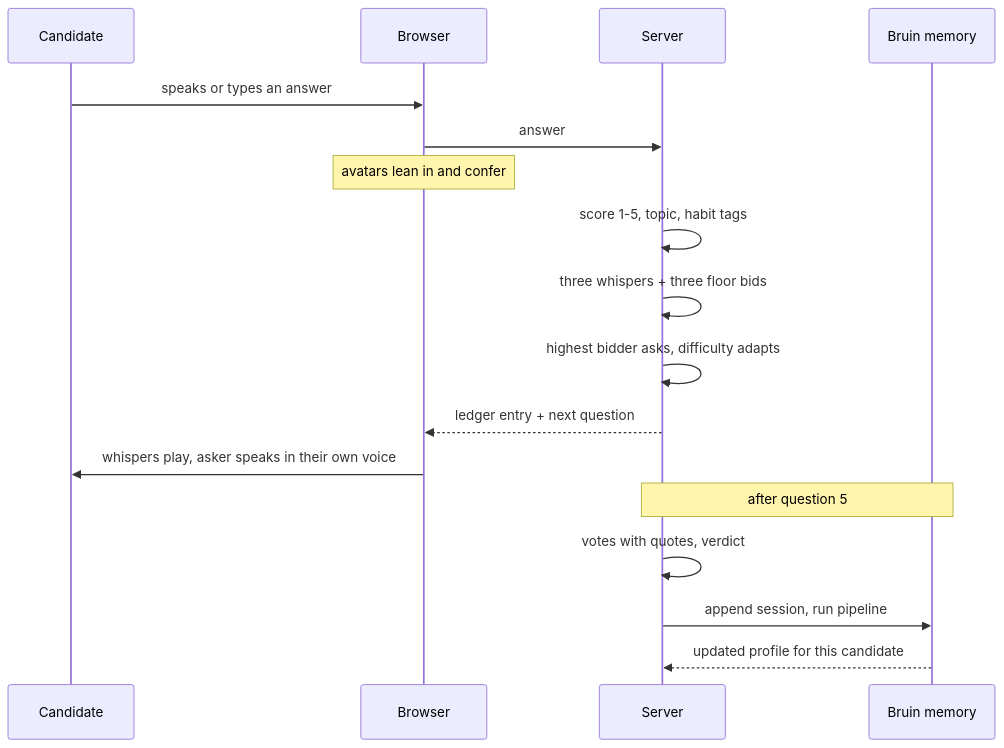
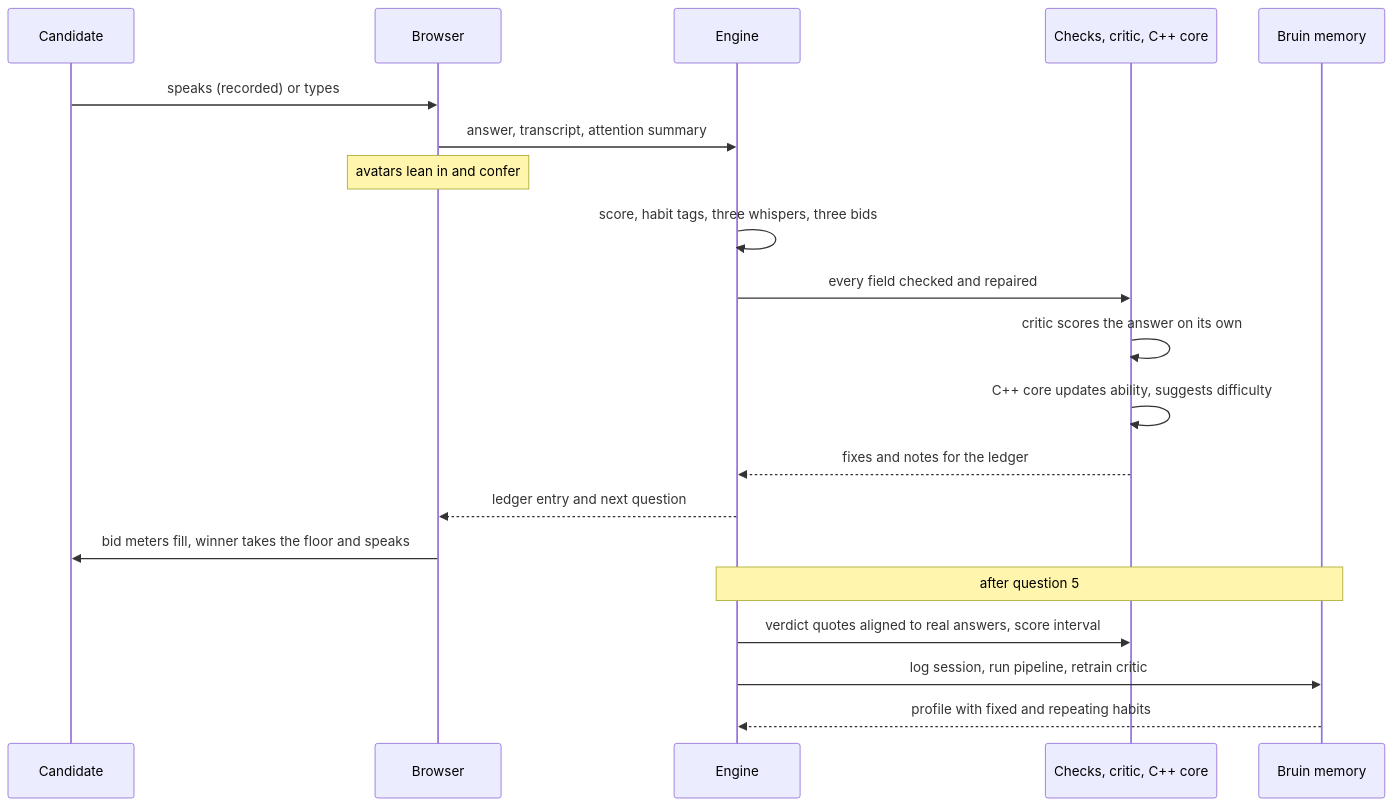
One commit to VolodymyrLinuxovich/hotseat changed the second of 2 diagrams in README.md. Above: the diagram before and after it, drawn with Mermaid. The commit also changed other lines of this file and 42 other files, not shown here.

Commit message:
Gemini voices and transcription, coding talk-through, attention tracking, trained critic, C++ core, door and exit scenes, README architecture

````diff
--- a/README.md
+++ b/README.md
@@ -111,20 +132,23 @@
 ```mermaid
 sequenceDiagram
     participant C as Candidate
     participant B as Browser
-    participant S as Server
+    participant S as Engine
+    participant K as Checks, critic, C++ core
     participant M as Bruin memory
 
-    C->>B: speaks or types an answer
-    B->>S: answer
+    C->>B: speaks (recorded) or types
+    B->>S: answer, transcript, attention summary
     Note over B: avatars lean in and confer
-    S->>S: score 1-5, topic, habit tags
-    S->>S: three whispers + three floor bids
-    S->>S: highest bidder asks, difficulty adapts
-    S-->>B: ledger entry + next question
-    B->>C: whispers play, asker speaks in their own voice
+    S->>S: score, habit tags, three whispers, three bids
+    S->>K: every field checked and repaired
+    K->>K: critic scores the answer on its own
+    K->>K: C++ core updates ability, suggests difficulty
+    K-->>S: fixes and notes for the ledger
+    S-->>B: ledger entry and next question
+    B->>C: bid meters fill, winner takes the floor and speaks
     Note over S,M: after question 5
-    S->>S: votes with quotes, verdict
-    S->>M: append session, run pipeline
-    M-->>S: updated profile for this candidate
+    S->>K: verdict quotes aligned to real answers, score interval
+    S->>M: log session, run pipeline, retrain critic
+    M-->>S: profile with fixed and repeating habits
 ```
````
